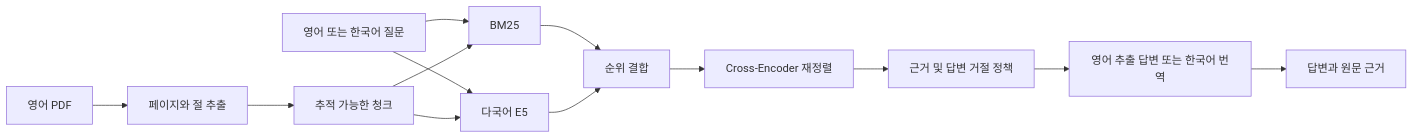
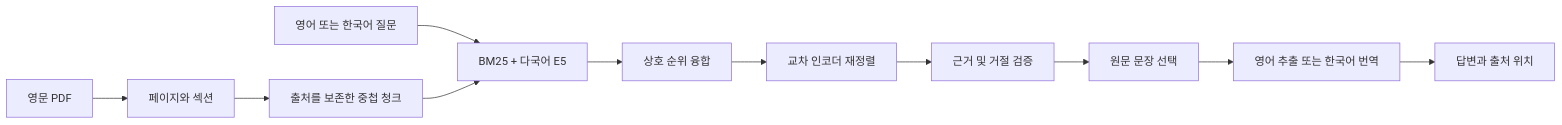
Before and after one commit to Dongmyung378/Evidence-Grounded-Paper-QnA: the diagram in README_KO.md, drawn with Mermaid. The commit also changed other lines of this file and 169 other files, not shown here.

````diff
--- a/README_KO.md
+++ b/README_KO.md
@@ -27,15 +28,13 @@
 ```mermaid
 flowchart LR
-    PDF[영어 PDF] --> Parse[페이지와 절 추출]
-    Parse --> Chunk[추적 가능한 청크]
-    Question[영어 또는 한국어 질문] --> BM25[BM25]
-    Question --> Dense[다국어 E5]
-    Chunk --> BM25
-    Chunk --> Dense
-    BM25 --> RRF[순위 결합]
-    Dense --> RRF
-    RRF --> Rank[Cross-Encoder 재정렬]
-    Rank --> Guard[근거 및 답변 거절 정책]
-    Guard --> Answer[영어 추출 답변 또는 한국어 번역]
-    Answer --> Cite[답변과 원문 근거]
+    PDF[영문 PDF] --> Parse[페이지와 섹션]
+    Parse --> Chunks[출처를 보존한 중첩 청크]
+    Question[영어 또는 한국어 질문] --> Hybrid[BM25 + 다국어 E5]
+    Chunks --> Hybrid
+    Hybrid --> RRF[상호 순위 융합]
+    RRF --> Rank[교차 인코더 재정렬]
+    Rank --> Policy[근거 및 거절 검증]
+    Policy --> Select[원문 문장 선택]
+    Select --> Answer[영어 추출 또는 한국어 번역]
+    Answer --> Cite[답변과 출처 위치]
 ```
````
